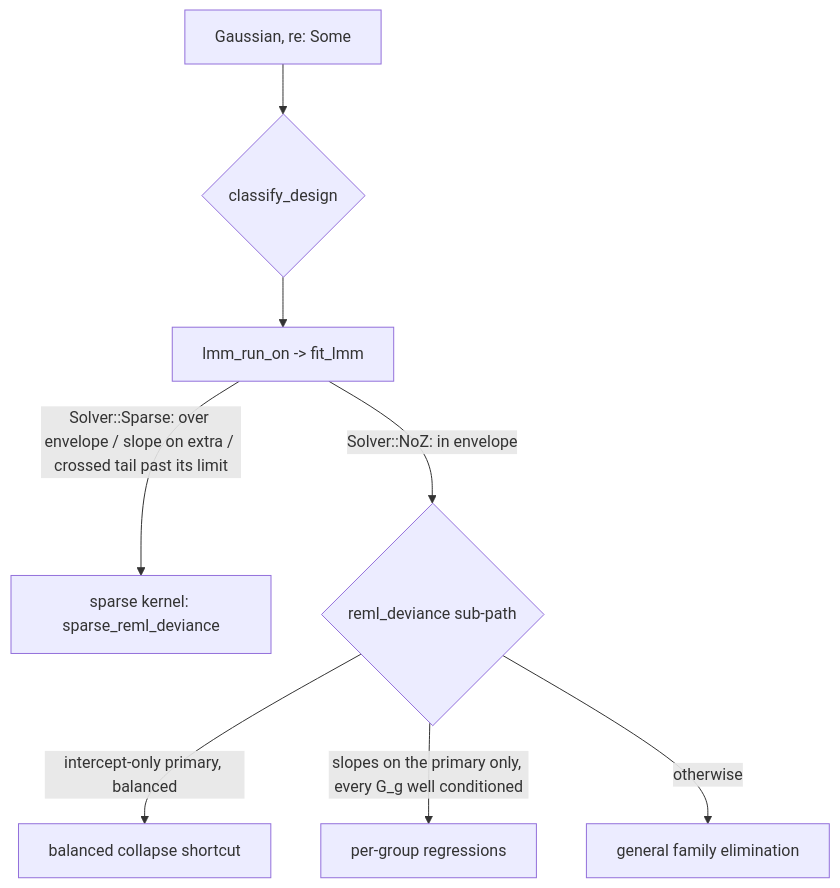
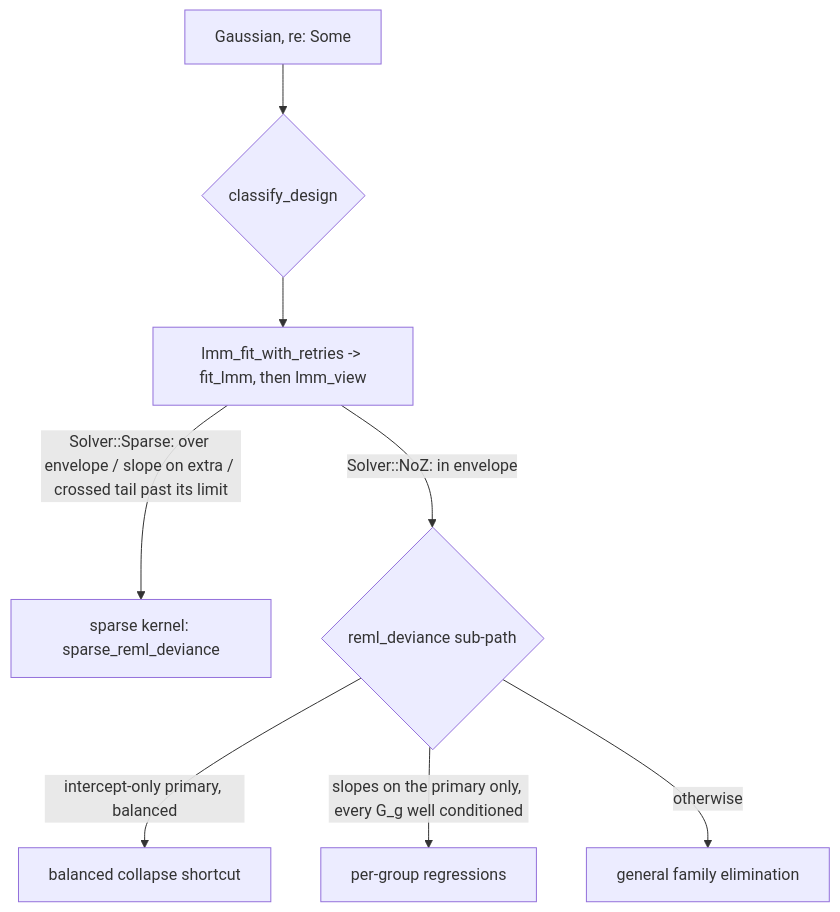
Before and after one commit to pawlenartowicz/glmm: the diagram in documentation/algorithms-lmm.md, drawn with Mermaid. The commit also changed other lines of this file and 268 other files, not shown here.

````diff
--- a/documentation/algorithms-lmm.md
+++ b/documentation/algorithms-lmm.md
@@ -72,10 +69,10 @@
 ```mermaid
 flowchart TD
     A["Gaussian, re: Some"] --> B{"classify_design"}
-    B --> N["lmm_run_on -> fit_lmm"]
+    B --> N["lmm_fit_with_retries -> fit_lmm, then lmm_view"]
     N -->|"Solver::Sparse: over envelope / slope on extra / crossed tail past its limit"| S["sparse kernel: sparse_reml_deviance"]
     N -->|"Solver::NoZ: in envelope"| C{"reml_deviance sub-path"}
     C -->|"intercept-only primary, balanced"| CO["balanced collapse shortcut"]
     C -->|"slopes on the primary only, every G_g well conditioned"| PG["per-group regressions"]
     C -->|"otherwise"| GP["general family elimination"]
 ```
````
